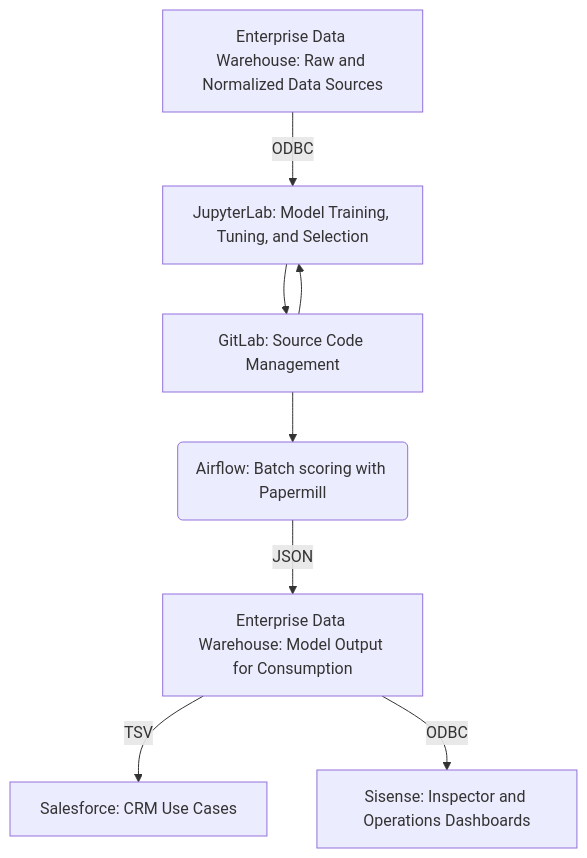
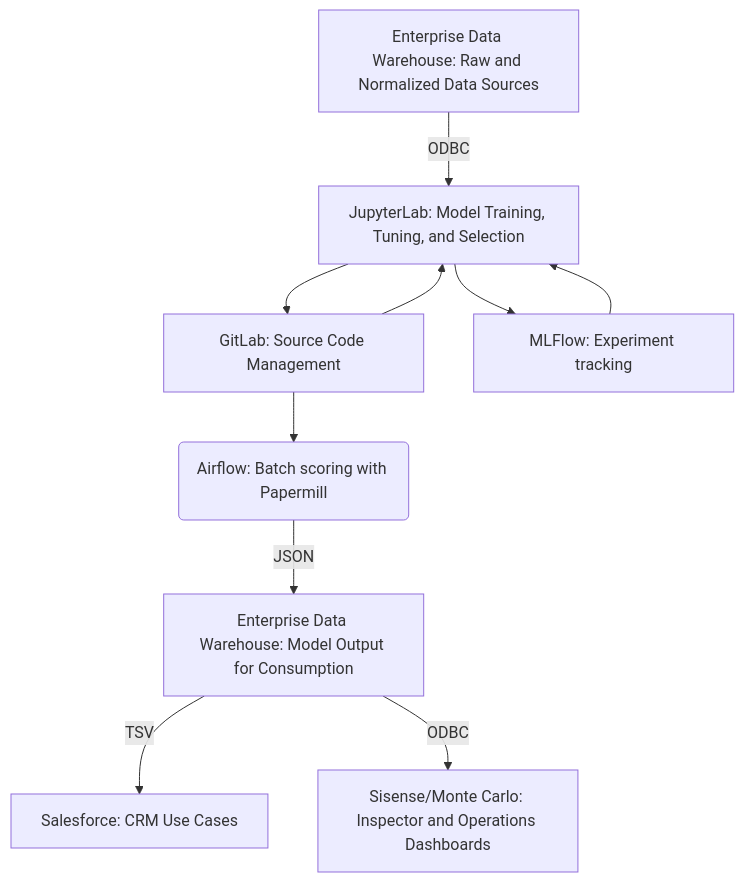
The second of 2 diagrams in business-technology/data-team/organization/data-science/index.html.md (secretstartups/handbook), drawn with Mermaid before and after one commit. The commit also changed other lines of this file, not shown here.

````diff
--- a/business-technology/data-team/organization/data-science/index.html.md
+++ b/business-technology/data-team/organization/data-science/index.html.md
@@ -196,17 +199,20 @@
 ```mermaid
 graph 
     A[Enterprise Data Warehouse: Raw and Normalized Data Sources]
     B[JupyterLab: Model Training, Tuning, and Selection]
     C(Airflow: Batch scoring with Papermill)
     F[Enterprise Data Warehouse: Model Output for Consumption]
     D[Salesforce: CRM Use Cases]
-    E[Sisense: Inspector and Operations Dashboards]
+    E[Sisense/Monte Carlo: Inspector and Operations Dashboards]
     G[GitLab: Source Code Management]
+    H[MLFlow: Experiment tracking]
     A --> |ODBC| B
+    B --> H
+    H --> B
     B --> G
     G --> B
     G --> C
     C --> |JSON| F
     F --> |TSV| D
     F --> |ODBC| E
 ```
````
